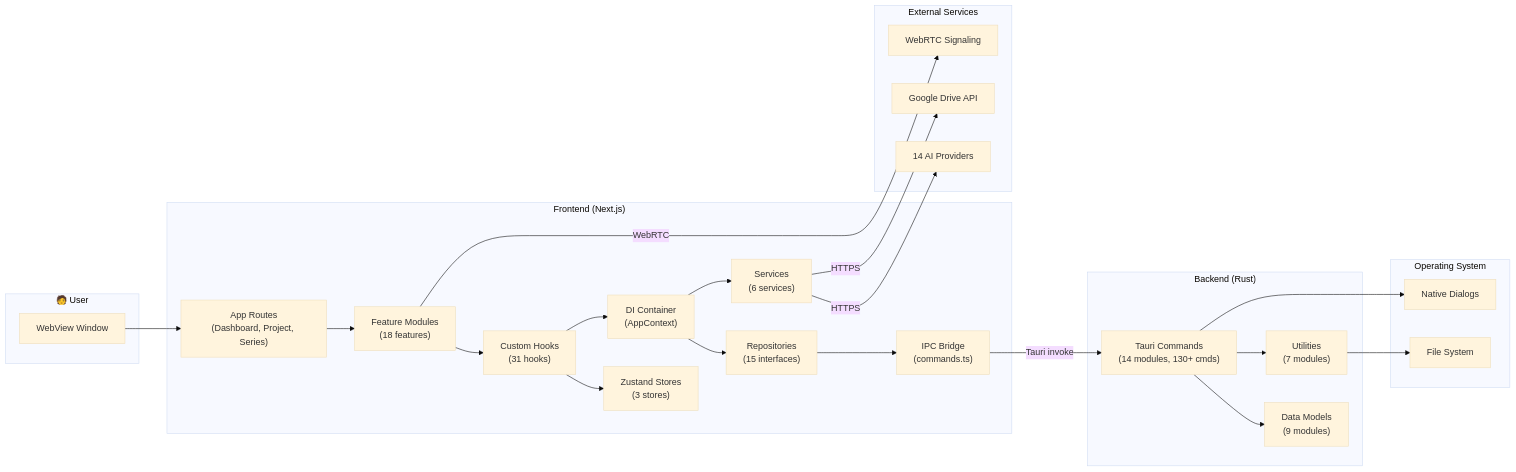
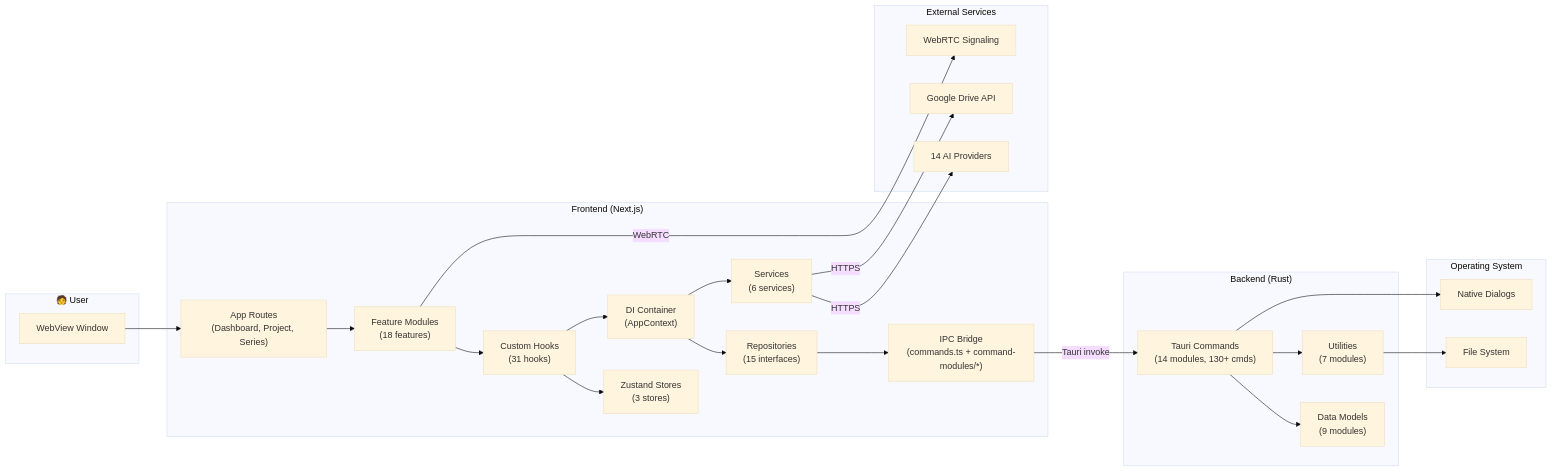
One commit to Sai-Roopesh/becomeAnAuthor changed the second of 6 diagrams in docs/hld.md. Above: the diagram before and after it, drawn with Mermaid (base theme). The commit also changed other lines of this file and 2 other files, not shown here.

Commit message:
docs: sync architecture with path-state, keychain, and decomposition refactors

````diff
--- a/docs/hld.md
+++ b/docs/hld.md
@@ -257,47 +257,47 @@
 ```mermaid
 flowchart LR
     subgraph User["🧑 User"]
         Browser["WebView Window"]
     end
 
     subgraph Frontend["Frontend (Next.js)"]
         Pages["App Routes<br/>(Dashboard, Project, Series)"]
         Features["Feature Modules<br/>(18 features)"]
         Hooks["Custom Hooks<br/>(31 hooks)"]
         Stores["Zustand Stores<br/>(3 stores)"]
         DI["DI Container<br/>(AppContext)"]
     Repos["Repositories<br/>(15 interfaces)"]
         Services["Services<br/>(6 services)"]
-        IPC["IPC Bridge<br/>(commands.ts)"]
+        IPC["IPC Bridge<br/>(commands.ts + command-modules/*)"]
     end
 
     subgraph Backend["Backend (Rust)"]
         Commands["Tauri Commands<br/>(14 modules, 130+ cmds)"]
         Models["Data Models<br/>(9 modules)"]
         Utils["Utilities<br/>(7 modules)"]
     end
 
     subgraph OS["Operating System"]
         FS["File System"]
         Dialog["Native Dialogs"]
     end
 
     subgraph External["External Services"]
         AIProviders["14 AI Providers"]
         GDrive["Google Drive API"]
         Signaling["WebRTC Signaling"]
     end
 
     Browser --> Pages --> Features --> Hooks
     Hooks --> Stores
     Hooks --> DI --> Repos --> IPC
     DI --> Services
     IPC -->|"Tauri invoke"| Commands
     Commands --> Models
     Commands --> Utils
     Utils --> FS
     Commands --> Dialog
     Services -->|"HTTPS"| AIProviders
     Services -->|"HTTPS"| GDrive
     Features -->|"WebRTC"| Signaling
 ```
````
